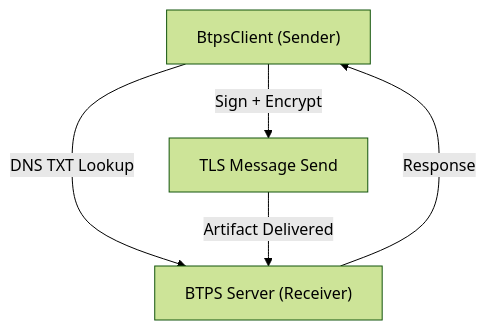
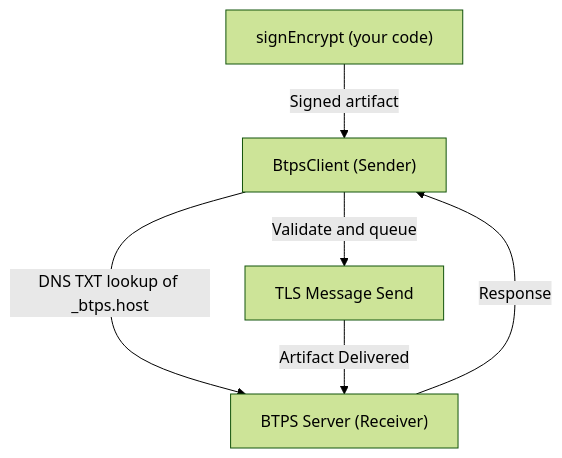
One commit to openbtps/btps-node changed the diagram in docs/docusaurus/docs/client/overview.md. Above: the diagram before and after it, drawn with Mermaid (forest theme). The commit also changed other lines of this file and 26 other files, not shown here.

First line of the commit message:
Docs: bring every diagram in line with 1.1

````diff
--- a/docs/docusaurus/docs/client/overview.md
+++ b/docs/docusaurus/docs/client/overview.md
@@ -29,7 +29,8 @@
 ```mermaid
 graph TD
-  A["BtpsClient (Sender)"] -- "DNS TXT Lookup" --> B["BTPS Server (Receiver)"]
-  A -- "Sign + Encrypt" --> C["TLS Message Send"]
+  S["signEncrypt (your code)"] -- "Signed artifact" --> A["BtpsClient (Sender)"]
+  A -- "DNS TXT lookup of _btps.host" --> B["BTPS Server (Receiver)"]
+  A -- "Validate and queue" --> C["TLS Message Send"]
   C -- "Artifact Delivered" --> B
   B -- "Response" --> A
 ```
````
